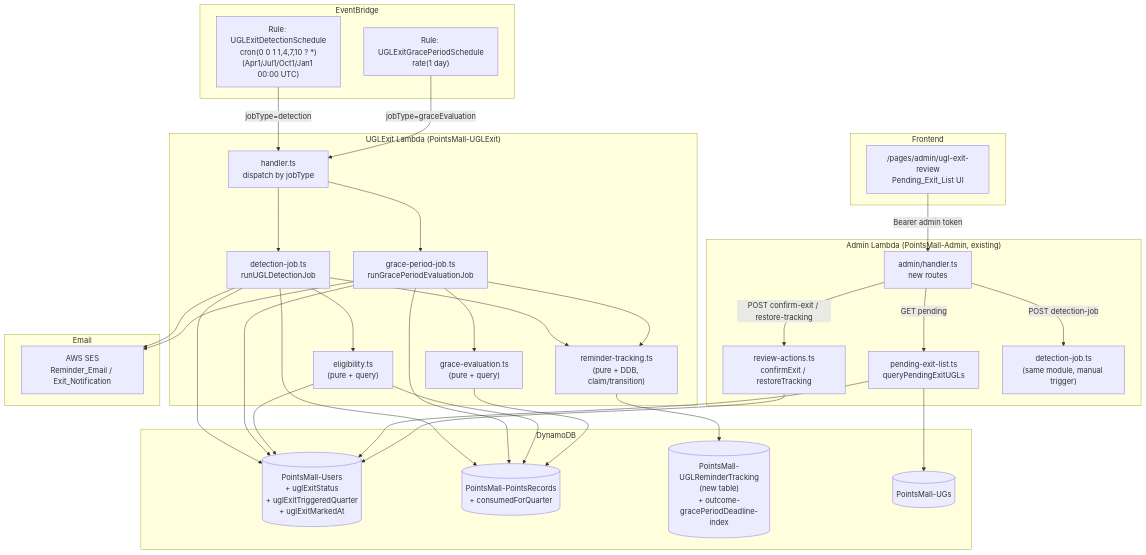
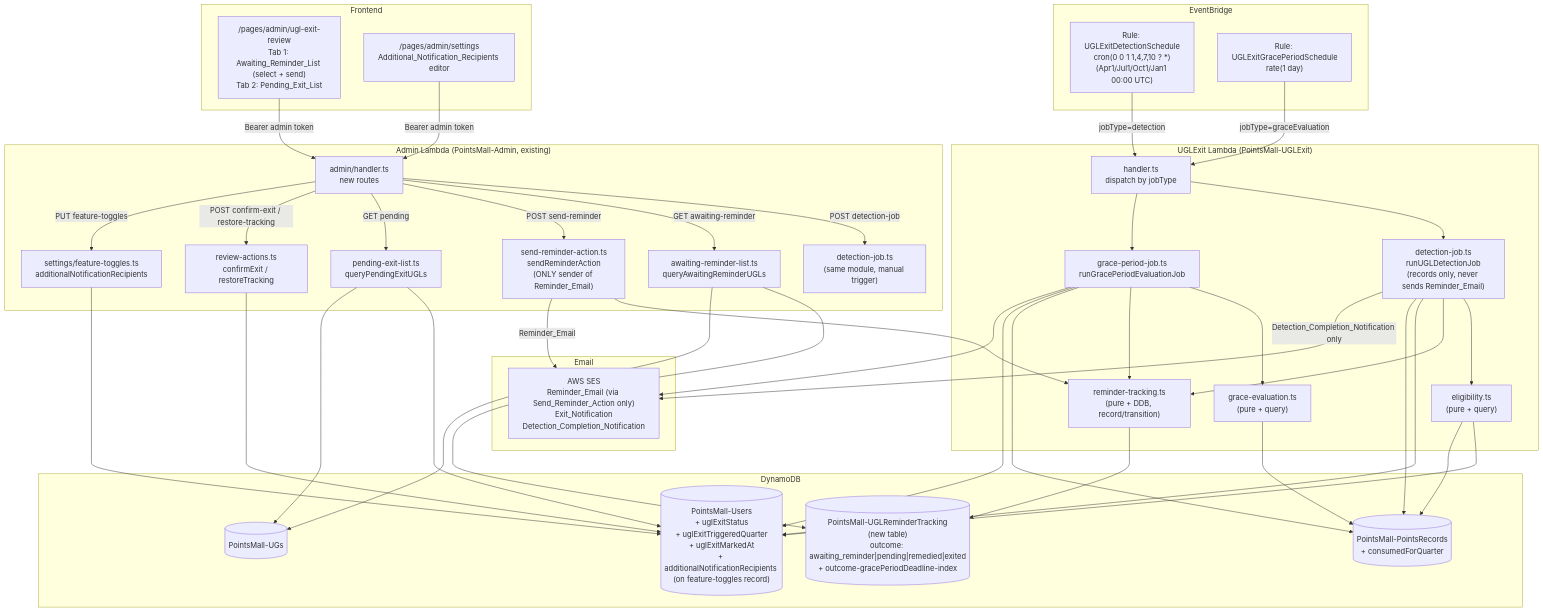
One commit to cnusergroup/ug-point-store changed the first of 4 diagrams in .kiro/specs/ugl-inactivity-exit-flow/design.md. Above: the diagram before and after it, drawn with Mermaid. The commit also changed other lines of this file and 106 other files, not shown here.

Commit message:
feat: special award adjust, nickname change, UGL exit flow, announcements

````diff
--- a/.kiro/specs/ugl-inactivity-exit-flow/design.md
+++ b/.kiro/specs/ugl-inactivity-exit-flow/design.md
@@ -21,65 +23,78 @@
 ```mermaid
 graph TB
     subgraph EventBridge
         R1["Rule: UGLExitDetectionSchedule<br/>cron(0 0 1 1,4,7,10 ? *)<br/>(Apr1/Jul1/Oct1/Jan1 00:00 UTC)"]
         R2["Rule: UGLExitGracePeriodSchedule<br/>rate(1 day)"]
     end
 
     subgraph "UGLExit Lambda (PointsMall-UGLExit)"
         H["handler.ts<br/>dispatch by jobType"]
-        DJ["detection-job.ts<br/>runUGLDetectionJob"]
+        DJ["detection-job.ts<br/>runUGLDetectionJob<br/>(records only, never sends Reminder_Email)"]
         GJ["grace-period-job.ts<br/>runGracePeriodEvaluationJob"]
         ELIG["eligibility.ts<br/>(pure + query)"]
-        RT["reminder-tracking.ts<br/>(pure + DDB, claim/transition)"]
+        RT["reminder-tracking.ts<br/>(pure + DDB, record/transition)"]
         GE["grace-evaluation.ts<br/>(pure + query)"]
     end
 
     subgraph "Admin Lambda (PointsMall-Admin, existing)"
         AH["admin/handler.ts<br/>new routes"]
         RA["review-actions.ts<br/>confirmExit / restoreTracking"]
         PEL["pending-exit-list.ts<br/>queryPendingExitUGLs"]
+        AWRL["awaiting-reminder-list.ts<br/>queryAwaitingReminderUGLs"]
+        SRA["send-reminder-action.ts<br/>sendReminderAction<br/>(ONLY sender of Reminder_Email)"]
+        FT["settings/feature-toggles.ts<br/>additionalNotificationRecipients"]
         DJ2["detection-job.ts<br/>(same module, manual trigger)"]
     end
 
     subgraph DynamoDB
-        Users[("PointsMall-Users<br/>+ uglExitStatus<br/>+ uglExitTriggeredQuarter<br/>+ uglExitMarkedAt")]
+        Users[("PointsMall-Users<br/>+ uglExitStatus<br/>+ uglExitTriggeredQuarter<br/>+ uglExitMarkedAt<br/>+ additionalNotificationRecipients (on feature-toggles record)")]
         PR[("PointsMall-PointsRecords<br/>+ consumedForQuarter")]
-        Track[("PointsMall-UGLReminderTracking<br/>(new table)<br/>+ outcome-gracePeriodDeadline-index")]
+        Track[("PointsMall-UGLReminderTracking<br/>(new table)<br/>outcome: awaiting_reminder|pending|remedied|exited<br/>+ outcome-gracePeriodDeadline-index")]
         UGs[("PointsMall-UGs")]
     end
 
     subgraph Email
-        SES["AWS SES<br/>Reminder_Email / Exit_Notification"]
+        SES["AWS SES<br/>Reminder_Email (via Send_Reminder_Action only)<br/>Exit_Notification<br/>Detection_Completion_Notification"]
     end
 
     subgraph Frontend
-        FE["/pages/admin/ugl-exit-review<br/>Pending_Exit_List UI"]
+        FE["/pages/admin/ugl-exit-review<br/>Tab 1: Awaiting_Reminder_List (select + send)<br/>Tab 2: Pending_Exit_List"]
+        SET["/pages/admin/settings<br/>Additional_Notification_Recipients editor"]
     end
 
     R1 -->|jobType=detection| H
     R2 -->|jobType=graceEvaluation| H
     H --> DJ
     H --> GJ
     DJ --> ELIG
     DJ --> RT
     DJ --> Users
     DJ --> PR
-    DJ --> SES
+    DJ -->|Detection_Completion_Notification only| SES
     GJ --> GE
     GJ --> RT
     GJ --> PR
     GJ --> Users
     GJ --> SES
     ELIG --> Users
     ELIG --> PR
     RT --> Track
     GE --> PR
 
     AH -->|POST detection-job| DJ2
+    AH -->|GET awaiting-reminder| AWRL
+    AH -->|POST send-reminder| SRA
     AH -->|GET pending| PEL
     AH -->|POST confirm-exit / restore-tracking| RA
+    AH -->|PUT feature-toggles| FT
+    AWRL --> Track
+    AWRL --> UGs
+    SRA --> RT
+    SRA -->|Reminder_Email| SES
     PEL --> Users
     PEL --> UGs
     RA --> Users
+    FT --> Users
     FE -->|Bearer admin token| AH
+    SET -->|Bearer admin token| AH
 ```
````
